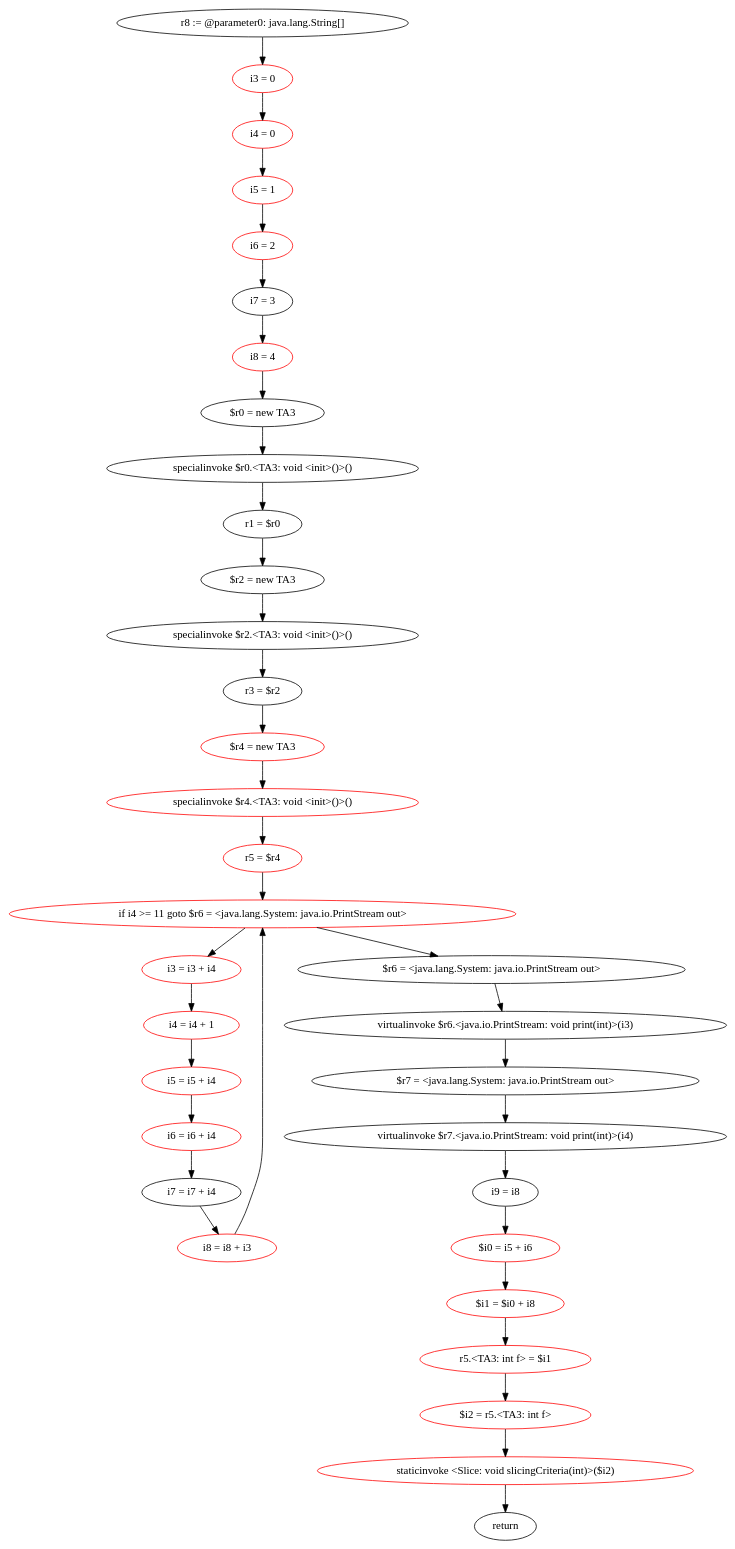
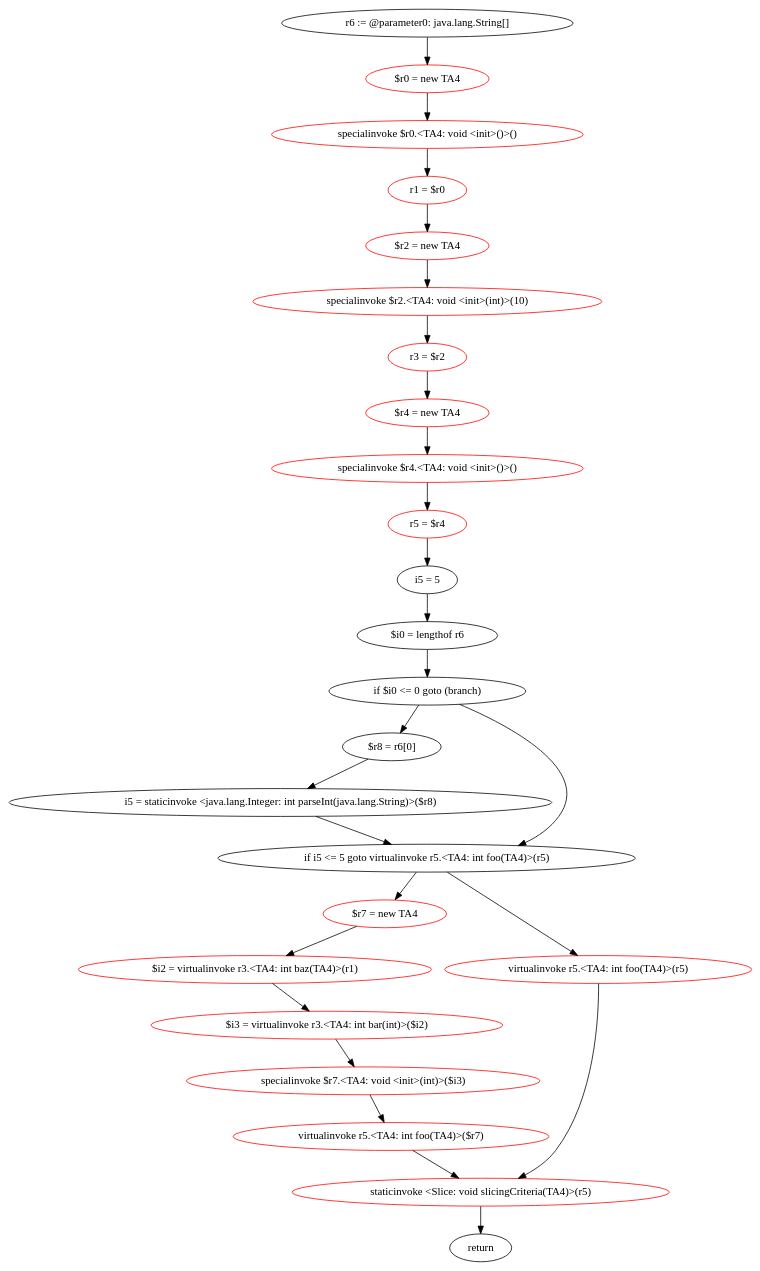
One commit to Signior-X/CS611_Program_Analysis changed the diagram in cs611_3/input.dot. Above: the diagram before and after it, drawn with Graphviz. The commit also changed 19 other files, not shown here.

```diff
--- a/cs611_3/input.dot
+++ b/cs611_3/input.dot
@@ -1,55 +1,43 @@
 digraph G {
-"i3 = 0" [color="red"];
-"i4 = 0" [color="red"];
-"i5 = 1" [color="red"];
-"i6 = 2" [color="red"];
-"i8 = 4" [color="red"];
-"$r4 = new TA3" [color="red"];
-"specialinvoke $r4.<TA3: void <init>()>()" [color="red"];
+"$r0 = new TA4" [color="red"];
+"specialinvoke $r0.<TA4: void <init>()>()" [color="red"];
+"r1 = $r0" [color="red"];
+"$r2 = new TA4" [color="red"];
+"specialinvoke $r2.<TA4: void <init>(int)>(10)" [color="red"];
+"r3 = $r2" [color="red"];
+"$r4 = new TA4" [color="red"];
+"specialinvoke $r4.<TA4: void <init>()>()" [color="red"];
 "r5 = $r4" [color="red"];
-"if i4 >= 11 goto $r6 = <java.lang.System: java.io.PrintStream out>" [color="red"];
-"i3 = i3 + i4" [color="red"];
-"i4 = i4 + 1" [color="red"];
-"i5 = i5 + i4" [color="red"];
-"i6 = i6 + i4" [color="red"];
-"i8 = i8 + i3" [color="red"];
-"$i0 = i5 + i6" [color="red"];
-"$i1 = $i0 + i8" [color="red"];
-"r5.<TA3: int f> = $i1" [color="red"];
-"$i2 = r5.<TA3: int f>" [color="red"];
-"staticinvoke <Slice: void slicingCriteria(int)>($i2)" [color="red"];
-"r8 := @parameter0: java.lang.String[]" -> "i3 = 0"
-"i3 = 0" -> "i4 = 0"
-"i4 = 0" -> "i5 = 1"
-"i5 = 1" -> "i6 = 2"
-"i6 = 2" -> "i7 = 3"
-"i7 = 3" -> "i8 = 4"
-"i8 = 4" -> "$r0 = new TA3"
-"$r0 = new TA3" -> "specialinvoke $r0.<TA3: void <init>()>()"
-"specialinvoke $r0.<TA3: void <init>()>()" -> "r1 = $r0"
-"r1 = $r0" -> "$r2 = new TA3"
-"$r2 = new TA3" -> "specialinvoke $r2.<TA3: void <init>()>()"
-"specialinvoke $r2.<TA3: void <init>()>()" -> "r3 = $r2"
-"r3 = $r2" -> "$r4 = new TA3"
-"$r4 = new TA3" -> "specialinvoke $r4.<TA3: void <init>()>()"
-"specialinvoke $r4.<TA3: void <init>()>()" -> "r5 = $r4"
-"r5 = $r4" -> "if i4 >= 11 goto $r6 = <java.lang.System: java.io.PrintStream out>"
-"if i4 >= 11 goto $r6 = <java.lang.System: java.io.PrintStream out>" -> "i3 = i3 + i4"
-"if i4 >= 11 goto $r6 = <java.lang.System: java.io.PrintStream out>" -> "$r6 = <java.lang.System: java.io.PrintStream out>"
-"i3 = i3 + i4" -> "i4 = i4 + 1"
-"$r6 = <java.lang.System: java.io.PrintStream out>" -> "virtualinvoke $r6.<java.io.PrintStream: void print(int)>(i3)"
-"i4 = i4 + 1" -> "i5 = i5 + i4"
-"virtualinvoke $r6.<java.io.PrintStream: void print(int)>(i3)" -> "$r7 = <java.lang.System: java.io.PrintStream out>"
-"i5 = i5 + i4" -> "i6 = i6 + i4"
-"$r7 = <java.lang.System: java.io.PrintStream out>" -> "virtualinvoke $r7.<java.io.PrintStream: void print(int)>(i4)"
-"i6 = i6 + i4" -> "i7 = i7 + i4"
-"virtualinvoke $r7.<java.io.PrintStream: void print(int)>(i4)" -> "i9 = i8"
-"i7 = i7 + i4" -> "i8 = i8 + i3"
-"i9 = i8" -> "$i0 = i5 + i6"
-"i8 = i8 + i3" -> "if i4 >= 11 goto $r6 = <java.lang.System: java.io.PrintStream out>"
-"$i0 = i5 + i6" -> "$i1 = $i0 + i8"
-"$i1 = $i0 + i8" -> "r5.<TA3: int f> = $i1"
-"r5.<TA3: int f> = $i1" -> "$i2 = r5.<TA3: int f>"
-"$i2 = r5.<TA3: int f>" -> "staticinvoke <Slice: void slicingCriteria(int)>($i2)"
-"staticinvoke <Slice: void slicingCriteria(int)>($i2)" -> "return"
+"$r7 = new TA4" [color="red"];
+"$i2 = virtualinvoke r3.<TA4: int baz(TA4)>(r1)" [color="red"];
+"$i3 = virtualinvoke r3.<TA4: int bar(int)>($i2)" [color="red"];
+"specialinvoke $r7.<TA4: void <init>(int)>($i3)" [color="red"];
+"virtualinvoke r5.<TA4: int foo(TA4)>($r7)" [color="red"];
+"virtualinvoke r5.<TA4: int foo(TA4)>(r5)" [color="red"];
+"staticinvoke <Slice: void slicingCriteria(TA4)>(r5)" [color="red"];
+"r6 := @parameter0: java.lang.String[]" -> "$r0 = new TA4"
+"$r0 = new TA4" -> "specialinvoke $r0.<TA4: void <init>()>()"
+"specialinvoke $r0.<TA4: void <init>()>()" -> "r1 = $r0"
+"r1 = $r0" -> "$r2 = new TA4"
+"$r2 = new TA4" -> "specialinvoke $r2.<TA4: void <init>(int)>(10)"
+"specialinvoke $r2.<TA4: void <init>(int)>(10)" -> "r3 = $r2"
+"r3 = $r2" -> "$r4 = new TA4"
+"$r4 = new TA4" -> "specialinvoke $r4.<TA4: void <init>()>()"
+"specialinvoke $r4.<TA4: void <init>()>()" -> "r5 = $r4"
+"r5 = $r4" -> "i5 = 5"
+"i5 = 5" -> "$i0 = lengthof r6"
+"$i0 = lengthof r6" -> "if $i0 <= 0 goto (branch)"
+"if $i0 <= 0 goto (branch)" -> "$r8 = r6[0]"
+"if $i0 <= 0 goto (branch)" -> "if i5 <= 5 goto virtualinvoke r5.<TA4: int foo(TA4)>(r5)"
+"$r8 = r6[0]" -> "i5 = staticinvoke <java.lang.Integer: int parseInt(java.lang.String)>($r8)"
+"if i5 <= 5 goto virtualinvoke r5.<TA4: int foo(TA4)>(r5)" -> "$r7 = new TA4"
+"if i5 <= 5 goto virtualinvoke r5.<TA4: int foo(TA4)>(r5)" -> "virtualinvoke r5.<TA4: int foo(TA4)>(r5)"
+"i5 = staticinvoke <java.lang.Integer: int parseInt(java.lang.String)>($r8)" -> "if i5 <= 5 goto virtualinvoke r5.<TA4: int foo(TA4)>(r5)"
+"$r7 = new TA4" -> "$i2 = virtualinvoke r3.<TA4: int baz(TA4)>(r1)"
+"virtualinvoke r5.<TA4: int foo(TA4)>(r5)" -> "staticinvoke <Slice: void slicingCriteria(TA4)>(r5)"
+"$i2 = virtualinvoke r3.<TA4: int baz(TA4)>(r1)" -> "$i3 = virtualinvoke r3.<TA4: int bar(int)>($i2)"
+"staticinvoke <Slice: void slicingCriteria(TA4)>(r5)" -> "return"
+"$i3 = virtualinvoke r3.<TA4: int bar(int)>($i2)" -> "specialinvoke $r7.<TA4: void <init>(int)>($i3)"
+"specialinvoke $r7.<TA4: void <init>(int)>($i3)" -> "virtualinvoke r5.<TA4: int foo(TA4)>($r7)"
+"virtualinvoke r5.<TA4: int foo(TA4)>($r7)" -> "staticinvoke <Slice: void slicingCriteria(TA4)>(r5)"
 }
```
